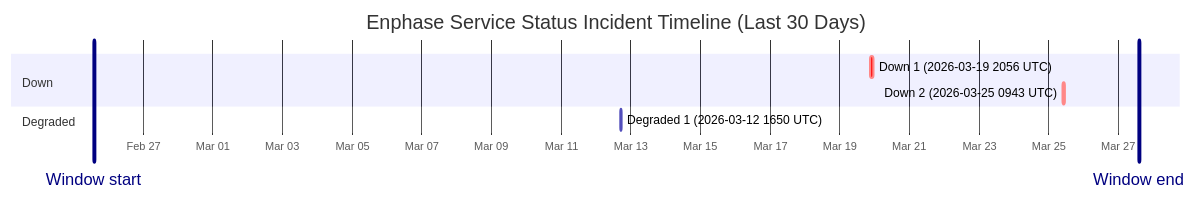
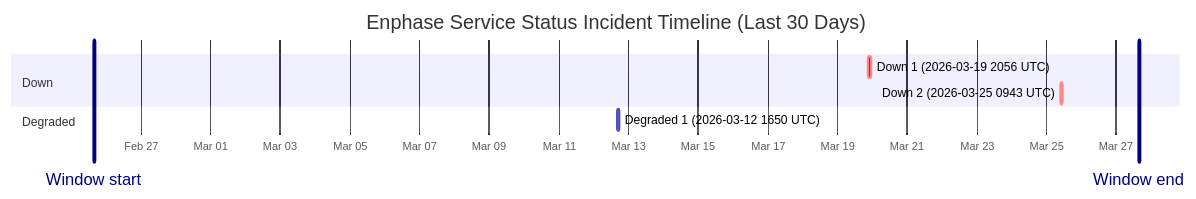
Before and after one commit to barneyonline/ha-enphase-ev-charger: the diagram in wiki/Service-Status-History.md, drawn with Mermaid. The commit also changed other lines of this file and 3 other files, not shown here.

````diff
--- a/wiki/Service-Status-History.md
+++ b/wiki/Service-Status-History.md
@@ -14,13 +14,13 @@
 ```mermaid
 gantt
     title Enphase Service Status Incident Timeline (Last 30 Days)
     dateFormat  YYYY-MM-DDTHH:mm:ss
     axisFormat  %b %d
-    Window start :vert, window-start, 2026-02-25T14:05:06, 0ms
-    Window end :vert, window-end, 2026-03-27T14:05:06, 0ms
+    Window start :vert, window-start, 2026-02-25T15:42:33, 0ms
+    Window end :vert, window-end, 2026-03-27T15:42:33, 0ms
     section Down
     Down 1 (2026-03-19 2056 UTC) :crit, down-1, 2026-03-19T20:56:20, 145m
     Down 2 (2026-03-25 0943 UTC) :crit, down-2, 2026-03-25T09:43:28, 111m
     section Degraded
     Degraded 1 (2026-03-12 1650 UTC) :active, degraded-1, 2026-03-12T16:50:43, 60m
 ```
````
